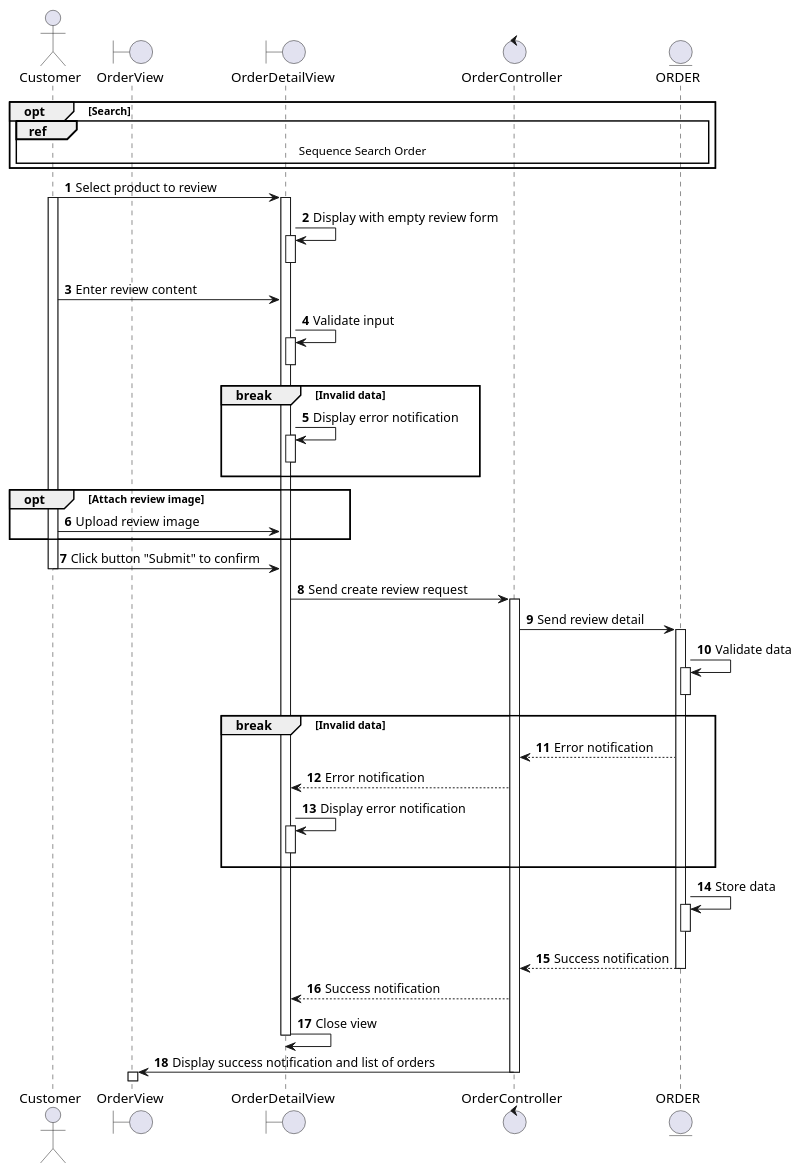
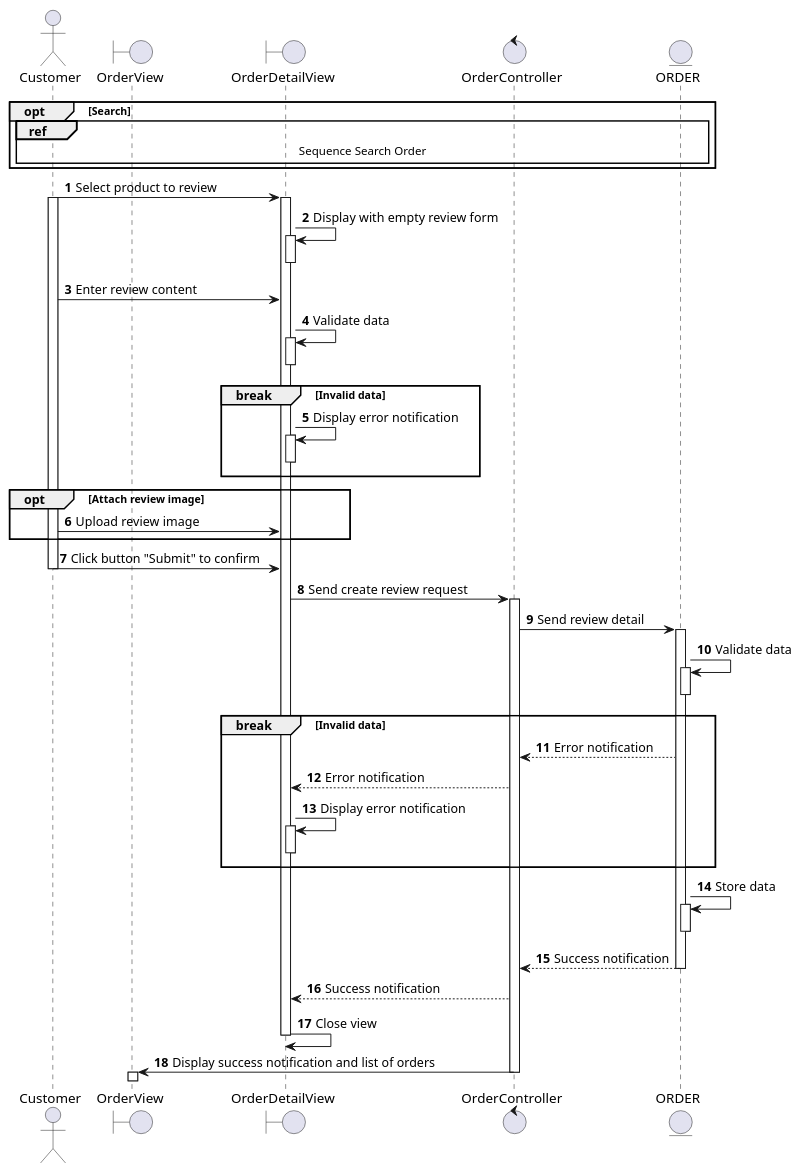
Before and after one commit to electricilies/electricilies.github.io: the diagram in docs/docs/sequence/view-order/review-product.md, drawn with PlantUML. The commit also changed 12 other files, not shown here.

````diff
--- a/docs/docs/sequence/view-order/review-product.md
+++ b/docs/docs/sequence/view-order/review-product.md
@@ -3,61 +3,61 @@
 ```plantuml
 @startuml
 autonumber
 
 actor Customer as C
 boundary OrderView as OV
 boundary OrderDetailView as ODV
 control OrderController as OC
 entity ORDER as O
 
 opt Search
   ref over C, O: Sequence Search Order
 end
 C -> ODV: Select product to review
 activate C
 activate ODV
 ODV -> ODV: Display with empty review form
 activate ODV
 deactivate ODV
 C -> ODV: Enter review content
-ODV -> ODV: Validate input
+ODV -> ODV: Validate data
 activate ODV
 deactivate ODV
 break Invalid data
   ODV -> ODV: Display error notification
   activate ODV
   deactivate ODV
 end
 opt Attach review image
   C -> ODV: Upload review image
 end
 C -> ODV: Click button "Submit" to confirm
 deactivate C
 ODV -> OC: Send create review request
 activate OC
 OC -> O: Send review detail
 activate O
 O -> O: Validate data
 activate O
 deactivate O
 break Invalid data
   OC <-- O: Error notification
   ODV <-- OC: Error notification
   ODV -> ODV: Display error notification
   activate ODV
   deactivate ODV
 end
 O -> O: Store data
 activate O
 deactivate O
 OC <-- O: Success notification
 deactivate O
 ODV <-- OC: Success notification
 ODV -> ODV: Close view
 deactivate ODV
 OV <- OC: Display success notification and list of orders
 deactivate OC
 activate OV
 
 @enduml
 ```
````
